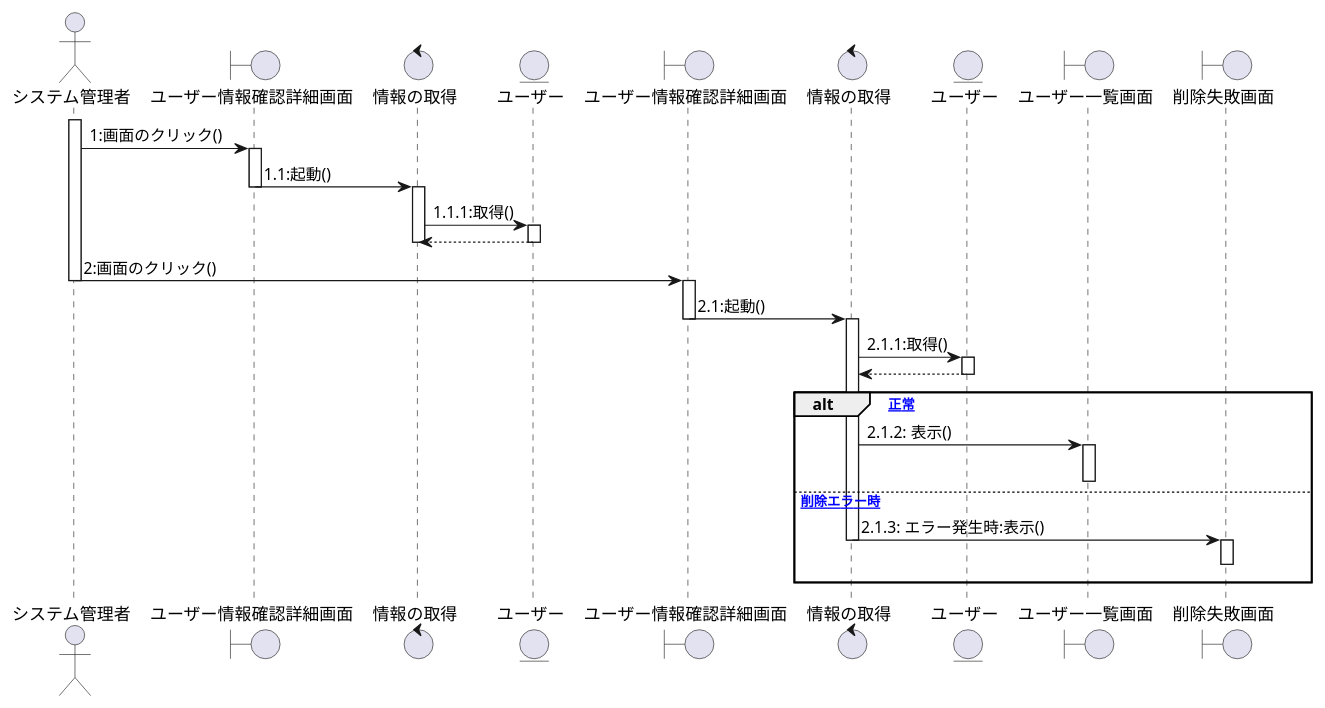
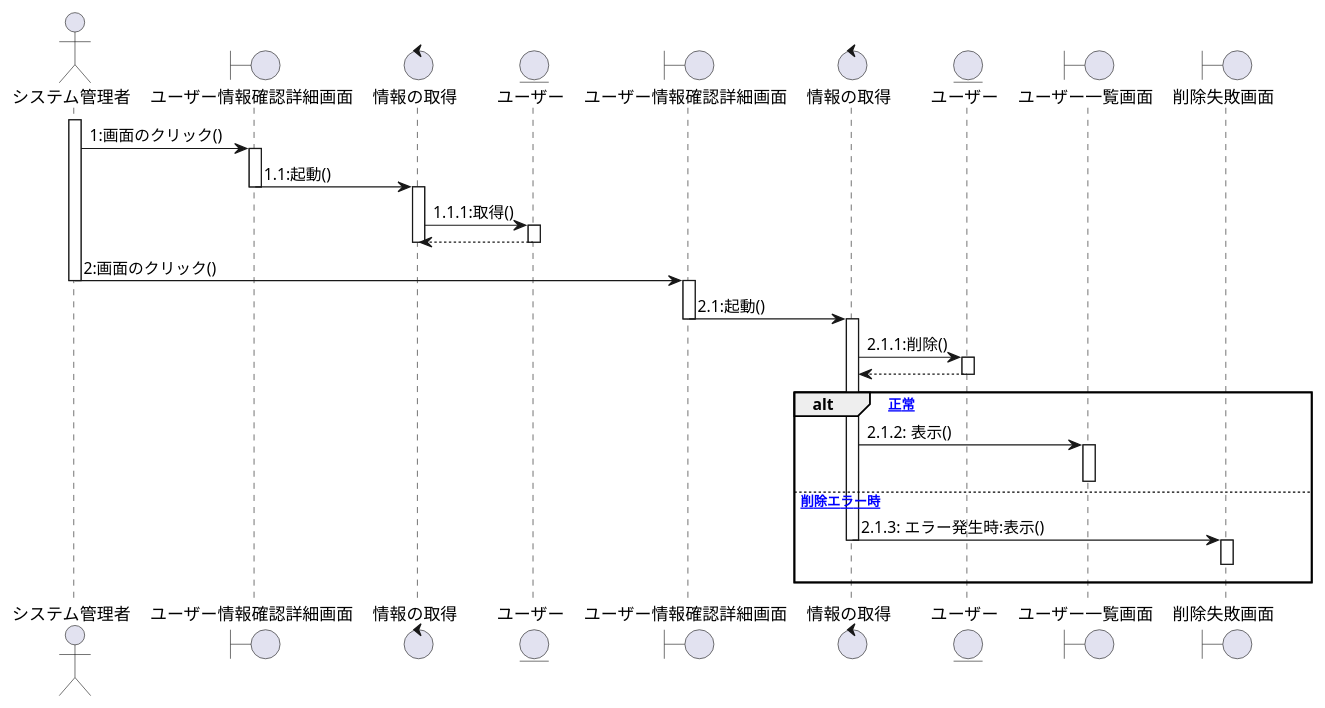
Before and after one commit to ksw2270227/GroupF: the fifth of 7 diagrams in System.plantuml, drawn with PlantUML. The commit also changed other lines of this file, not shown here.

```diff
--- a/System.plantuml
+++ b/System.plantuml
@@ -196,55 +202,55 @@
 @startuml シーケンス図登録情報削除
 actor システム管理者
 boundary "ユーザー情報確認詳細画面" as userdetail
 control "情報の取得" as detail
 entity "ユーザー" as user
 
 boundary "ユーザー情報確認詳細画面" as userdetail2
 control "情報の取得" as detail1
 entity "ユーザー" as user2
 boundary "ユーザー一覧画面" as user3
 boundary "削除失敗画面" as errordelete
 
 activate システム管理者
 システム管理者 -> userdetail:1:画面のクリック()
 
 activate userdetail
 userdetail -> detail:1.1:起動()
 deactivate userdetail
 activate detail
 detail -> user:1.1.1:取得()
 activate user
 user --> detail
 deactivate detail
 deactivate user
 
 システム管理者 -> userdetail2:2:画面のクリック()
 deactivate システム管理者
 
 activate userdetail2
 userdetail2 -> detail1:2.1:起動()
 deactivate userdetail2
 
 
 
 activate detail1
-detail1 -> user2:2.1.1:取得()
+detail1 -> user2:2.1.1:削除()
 activate user2
 user2 --> detail1
 deactivate user2
 
 
 
 alt [正常]
     detail1 -> user3 :2.1.2: 表示()
 activate user3
 deactivate user3
 else [削除エラー時]
     detail1 -> errordelete :2.1.3: エラー発生時:表示()
 deactivate detail1
 activate errordelete
 errordelete -[hidden]-> errordelete
 deactivate errordelete
 end
 
 @enduml
```
